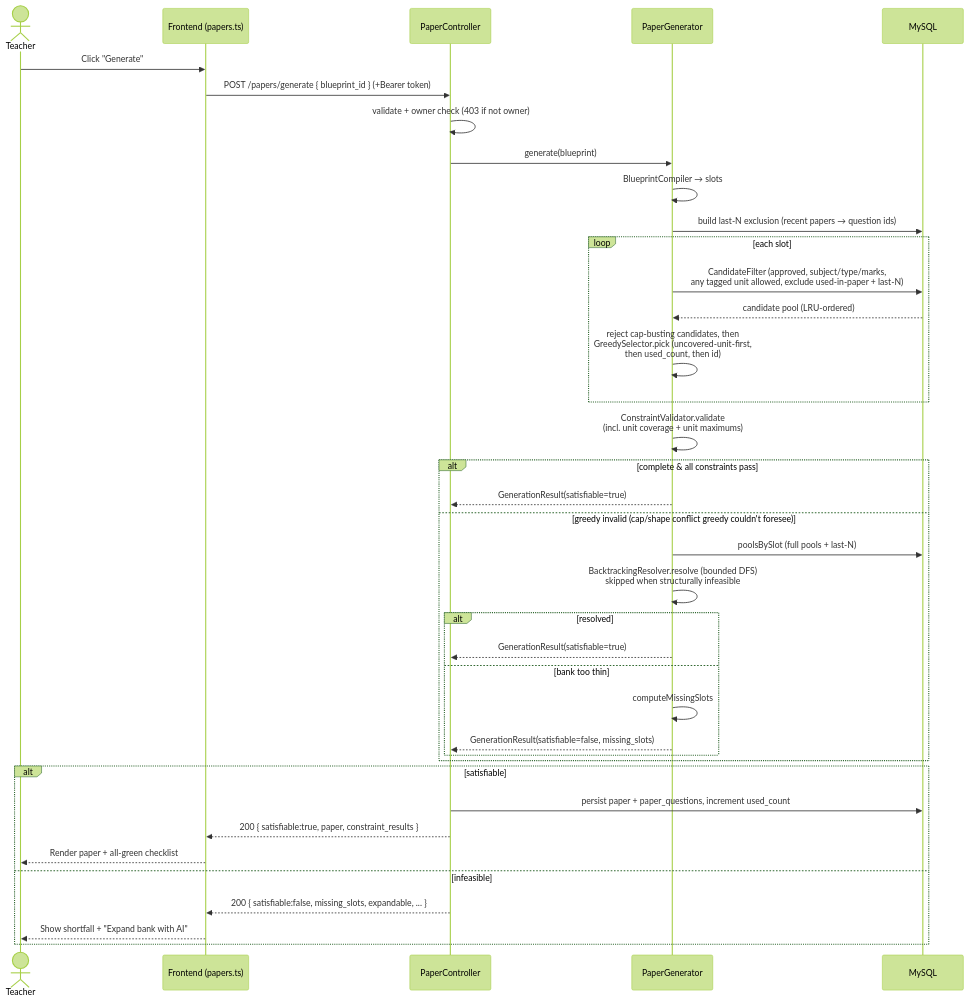
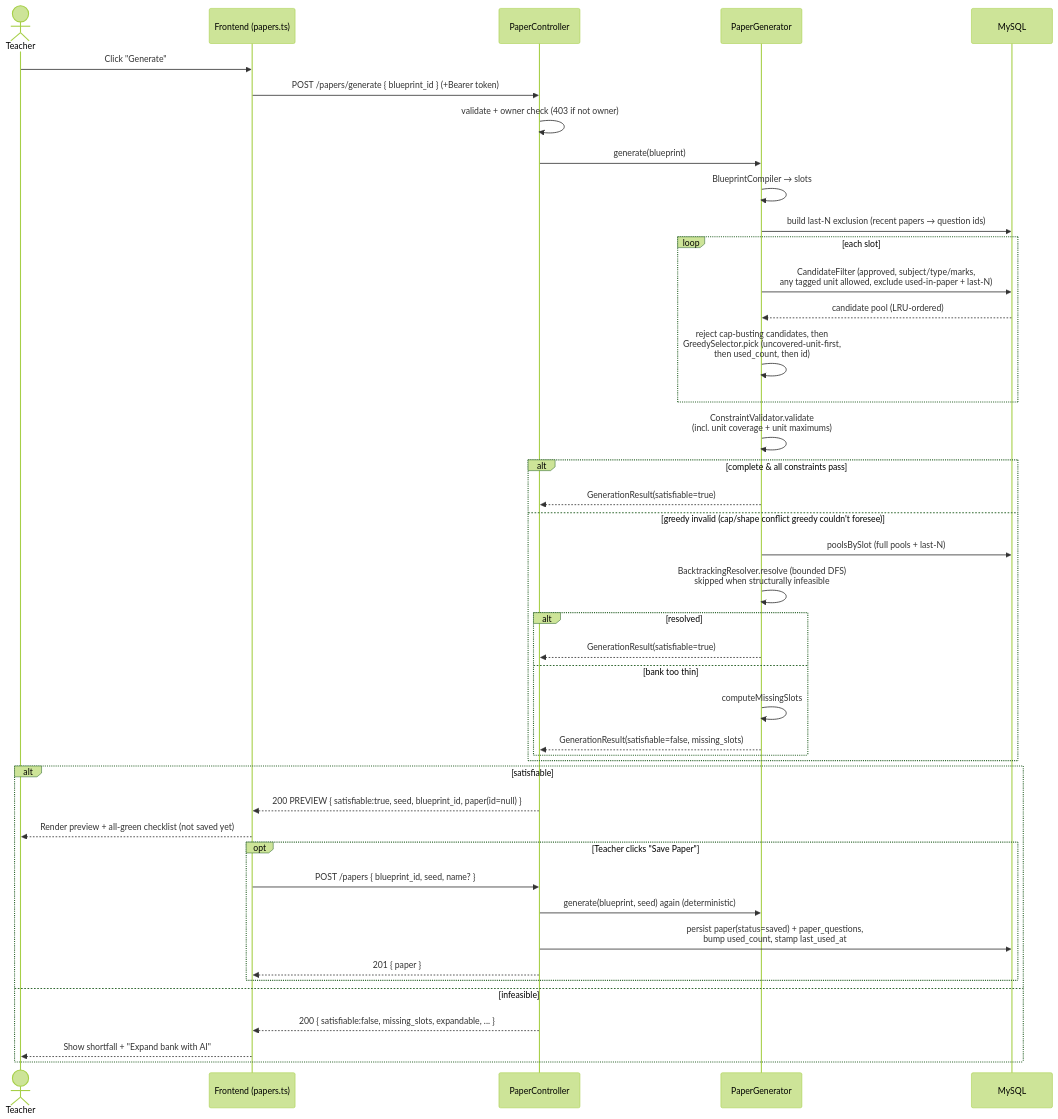
One commit to rohitshakyaa/Q-Forge changed the first of 3 diagrams in docs/VIVA-GUIDE.md. Above: the diagram before and after it, drawn with Mermaid (forest theme). The commit also changed other lines of this file and 39 other files, not shown here.

````diff
--- a/docs/VIVA-GUIDE.md
+++ b/docs/VIVA-GUIDE.md
@@ -101,41 +109,46 @@
 ```mermaid
 sequenceDiagram
     actor T as Teacher
     participant FE as Frontend (papers.ts)
     participant API as PaperController
     participant PG as PaperGenerator
     participant DB as MySQL
 
     T->>FE: Click "Generate"
     FE->>API: POST /papers/generate { blueprint_id } (+Bearer token)
     API->>API: validate + owner check (403 if not owner)
     API->>PG: generate(blueprint)
     PG->>PG: BlueprintCompiler → slots
     PG->>DB: build last-N exclusion (recent papers → question ids)
     loop each slot
         PG->>DB: CandidateFilter (approved, subject/type/marks,<br/>any tagged unit allowed, exclude used-in-paper + last-N)
         DB-->>PG: candidate pool (LRU-ordered)
         PG->>PG: reject cap-busting candidates, then<br/>GreedySelector.pick (uncovered-unit-first,<br/>then used_count, then id)
     end
     PG->>PG: ConstraintValidator.validate<br/>(incl. unit coverage + unit maximums)
     alt complete & all constraints pass
         PG-->>API: GenerationResult(satisfiable=true)
     else greedy invalid (cap/shape conflict greedy couldn't foresee)
         PG->>DB: poolsBySlot (full pools + last-N)
         PG->>PG: BacktrackingResolver.resolve (bounded DFS)<br/>skipped when structurally infeasible
         alt resolved
             PG-->>API: GenerationResult(satisfiable=true)
         else bank too thin
             PG->>PG: computeMissingSlots
             PG-->>API: GenerationResult(satisfiable=false, missing_slots)
         end
     end
     alt satisfiable
-        API->>DB: persist paper + paper_questions, increment used_count
-        API-->>FE: 200 { satisfiable:true, paper, constraint_results }
-        FE-->>T: Render paper + all-green checklist
+        API-->>FE: 200 PREVIEW { satisfiable:true, seed, blueprint_id, paper(id=null) }
+        FE-->>T: Render preview + all-green checklist (not saved yet)
+        opt Teacher clicks "Save Paper"
+            FE->>API: POST /papers { blueprint_id, seed, name? }
+            API->>PG: generate(blueprint, seed) again (deterministic)
+            API->>DB: persist paper(status=saved) + paper_questions,<br/>bump used_count, stamp last_used_at
+            API-->>FE: 201 { paper }
+        end
     else infeasible
         API-->>FE: 200 { satisfiable:false, missing_slots, expandable, ... }
         FE-->>T: Show shortfall + "Expand bank with AI"
     end
 ```
````
